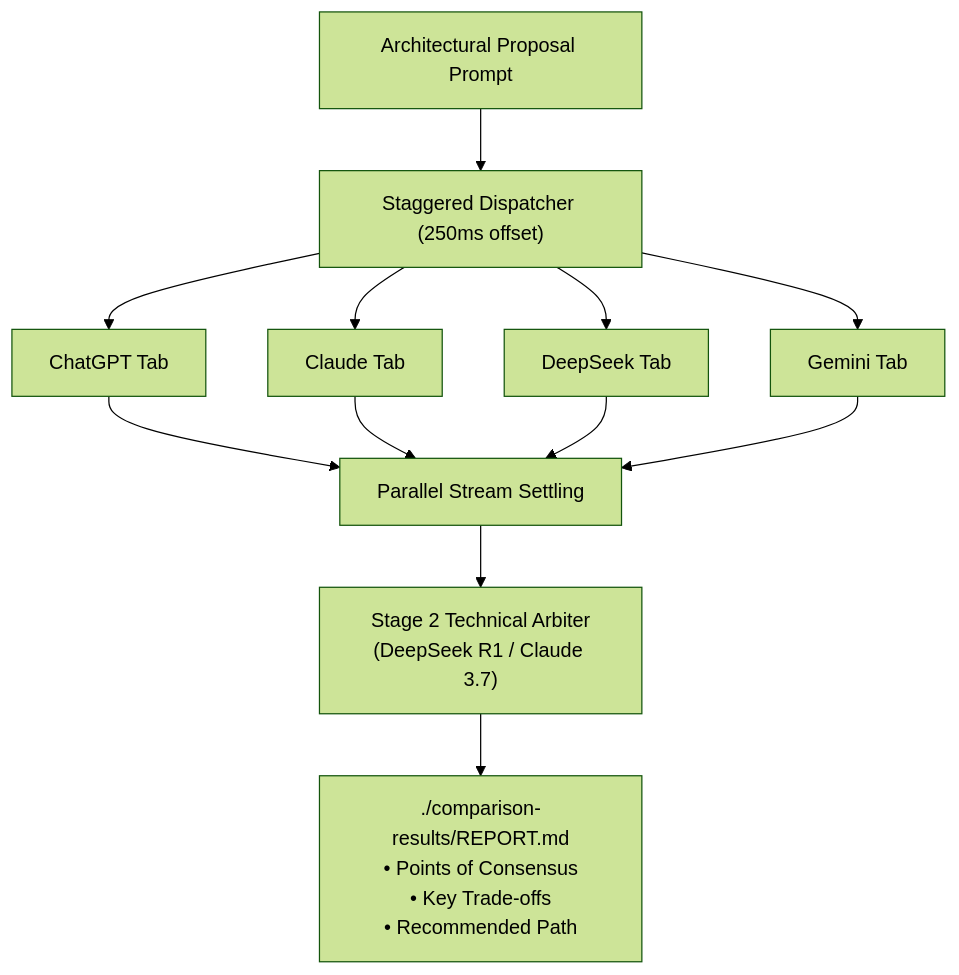
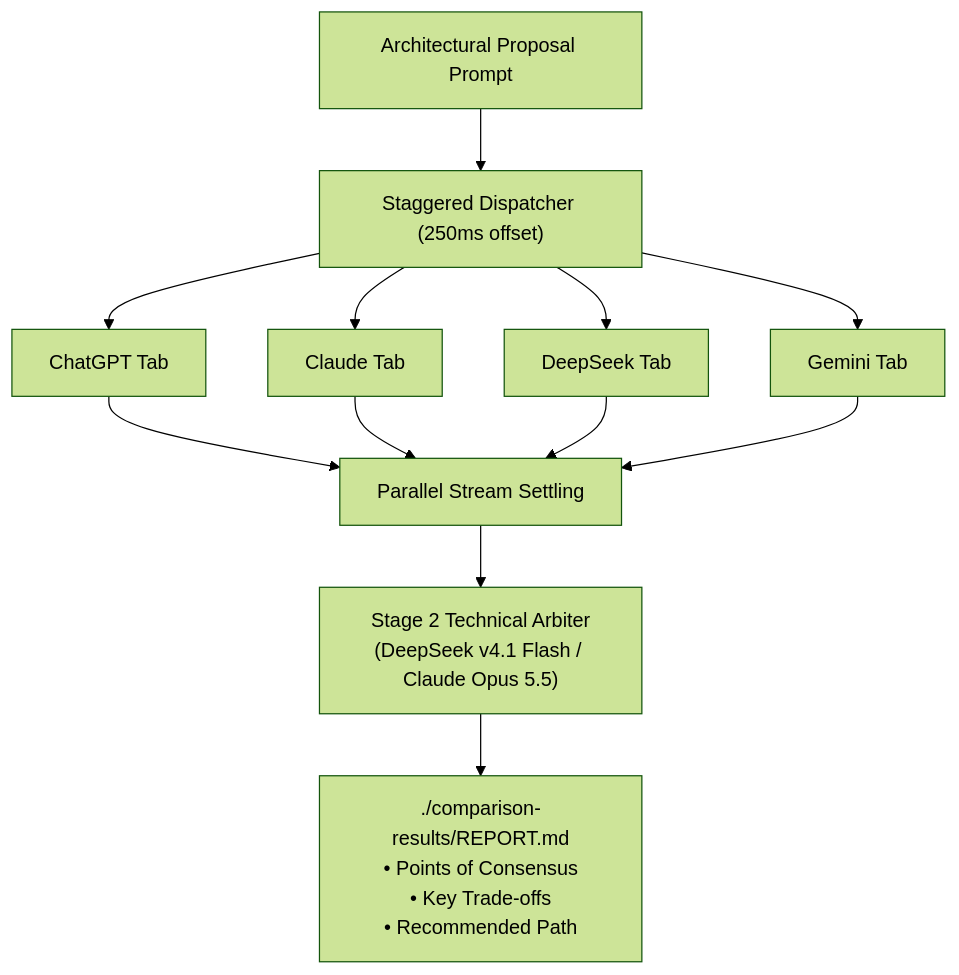
The diagram in website/src/content/docs/commands/compare-arbitrate.mdx (0xTanzim/convolink), drawn with Mermaid (forest theme) before and after one commit. The commit also changed 68 other files, not shown here.

````diff
--- a/website/src/content/docs/commands/compare-arbitrate.mdx
+++ b/website/src/content/docs/commands/compare-arbitrate.mdx
@@ -23,12 +23,12 @@
 ```mermaid
 flowchart TD
     Prompt["Architectural Proposal Prompt"] --> Dispatcher["Staggered Dispatcher (250ms offset)"]
     Dispatcher --> GPT["ChatGPT Tab"]
     Dispatcher --> Claude["Claude Tab"]
     Dispatcher --> DS["DeepSeek Tab"]
     Dispatcher --> Gemini["Gemini Tab"]
 
     GPT & Claude & DS & Gemini --> Settler["Parallel Stream Settling"]
-    Settler --> Arbiter["Stage 2 Technical Arbiter<br/>(DeepSeek R1 / Claude 3.7)"]
+    Settler --> Arbiter["Stage 2 Technical Arbiter<br/>(DeepSeek v4.1 Flash / Claude Opus 5.5)"]
     Arbiter --> Report["./comparison-results/REPORT.md<br/>• Points of Consensus<br/>• Key Trade-offs<br/>• Recommended Path"]
 ```
````
